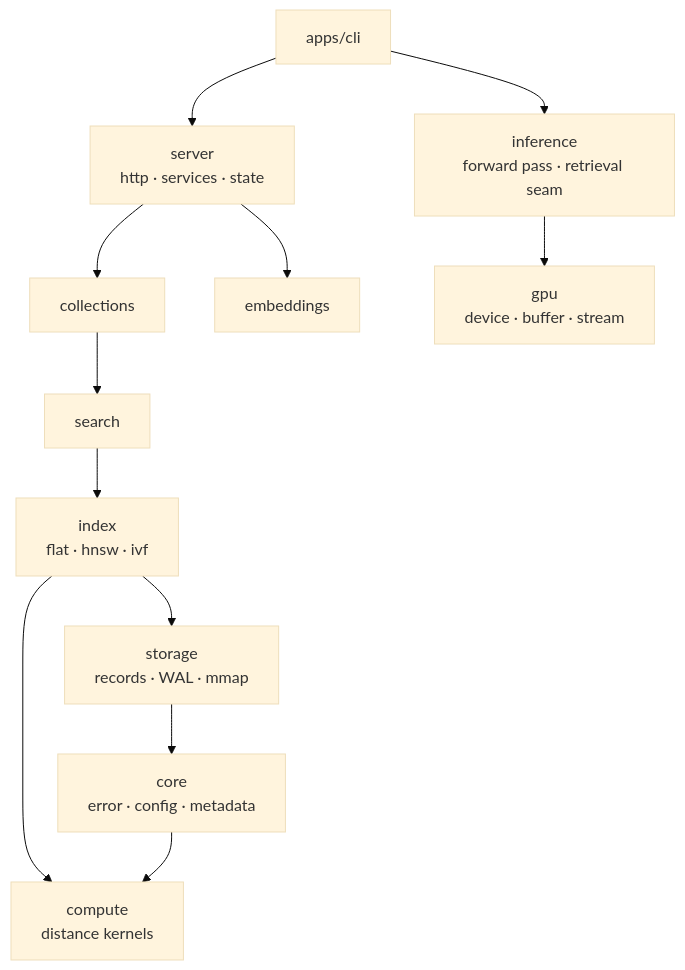
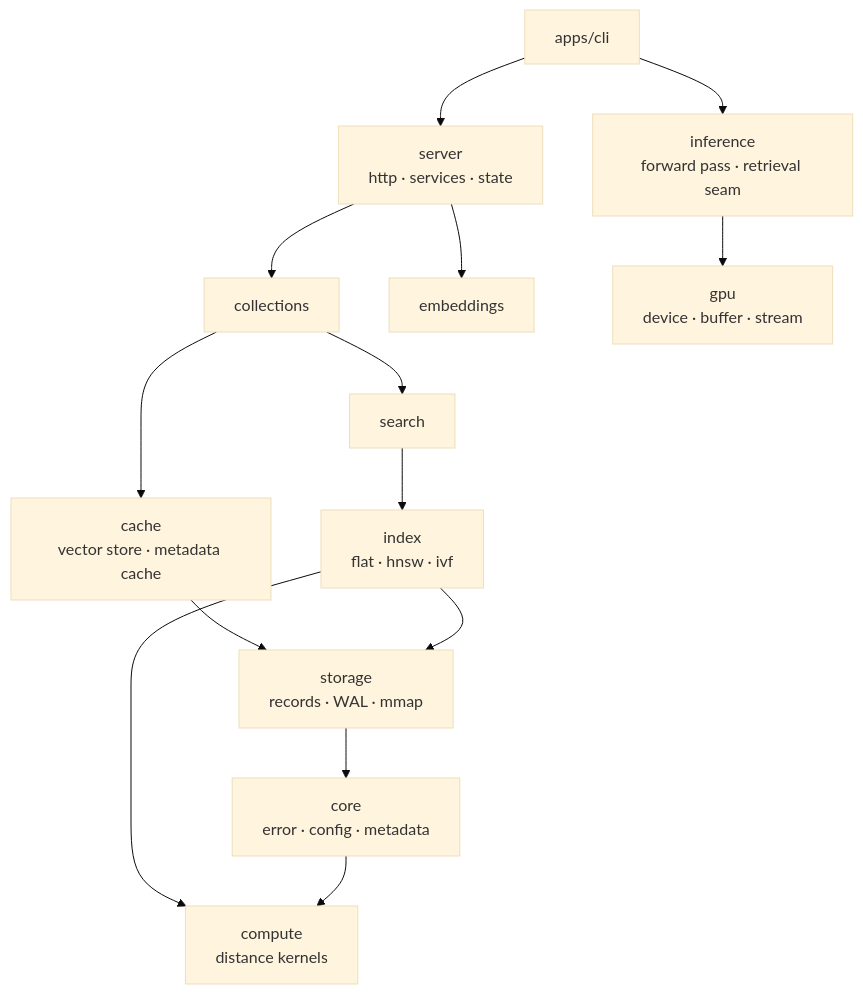
One commit to ashworks1706/Piramid changed the diagram in README.md. Above: the diagram before and after it, drawn with Mermaid (base theme). The commit also changed other lines of this file, not shown here.

Commit message:
Update README crate count and dependency graph for piramid-cache

````diff
--- a/README.md
+++ b/README.md
@@ -40,26 +40,29 @@
 ```mermaid
 flowchart TD
     CLI[apps/cli]
     Server[server<br/>http · services · state]
     Inference[inference<br/>forward pass · retrieval seam]
     Collections[collections]
+    Cache[cache<br/>vector store · metadata cache]
     Embeddings[embeddings]
     Search[search]
     Index[index<br/>flat · hnsw · ivf]
     Storage[storage<br/>records · WAL · mmap]
     Core[core<br/>error · config · metadata]
     Compute[compute<br/>distance kernels]
     Gpu[gpu<br/>device · buffer · stream]
 
     CLI --> Server
     CLI --> Inference
     Server --> Collections
     Server --> Embeddings
     Inference --> Gpu
     Collections --> Search
+    Collections --> Cache
+    Cache --> Storage
     Search --> Index
     Index --> Storage
     Index --> Compute
     Storage --> Core
     Core --> Compute
 ```
````
